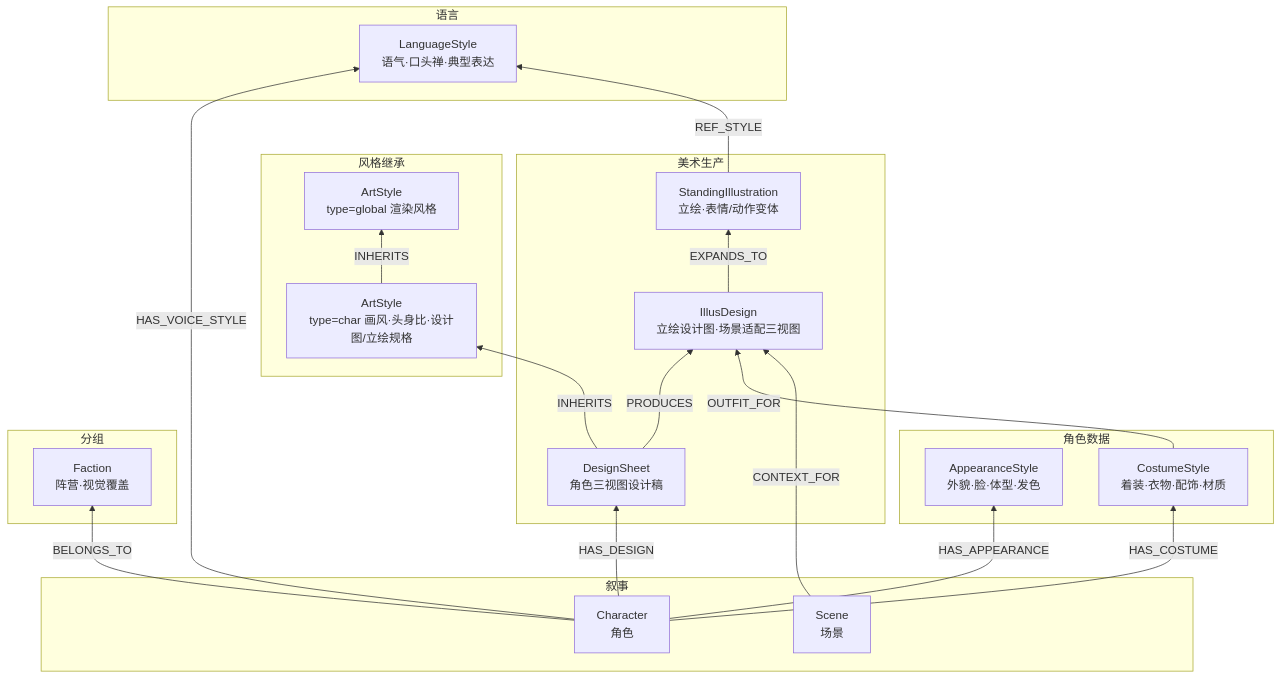
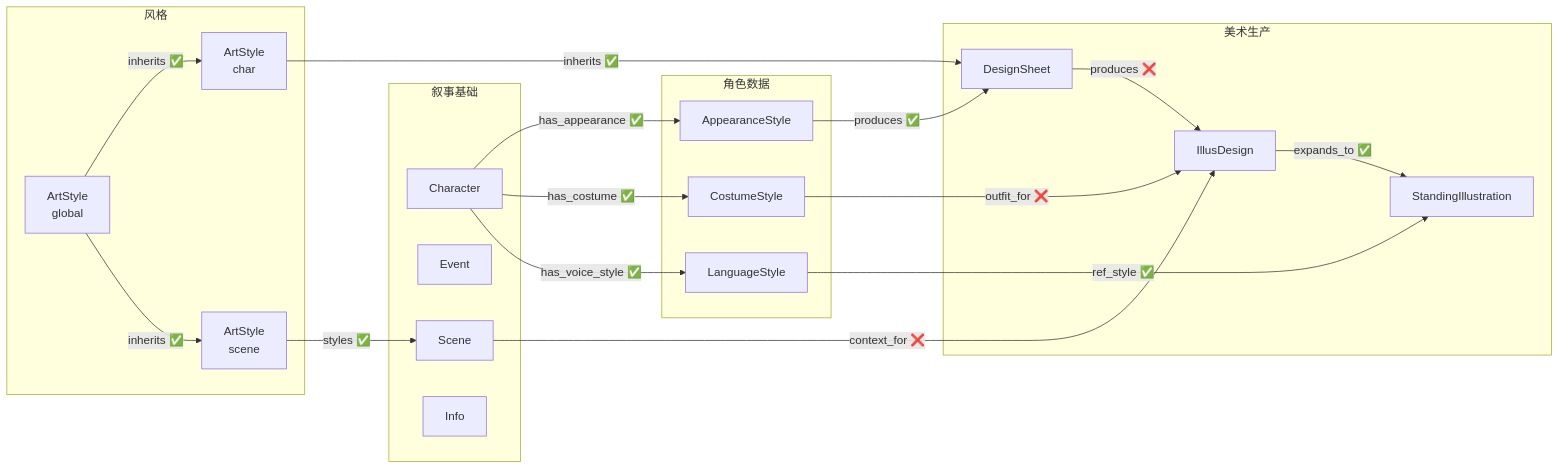
Before and after one commit to CrazyJinn/OtheredGlass: the diagram in 00_init/Schema.md, drawn with Mermaid. The commit also changed other lines of this file and 4 other files, not shown here.

Commit message:
add 00_init: 叙事基础、角色/场景美术、剧情文档，更新 Schema

````diff
--- a/00_init/Schema.md
+++ b/00_init/Schema.md
@@ -507,47 +79,42 @@
 ```mermaid
-flowchart BT
-    subgraph style["风格继承"]
-        ArtGlobal["ArtStyle<br/>type=global 渲染风格"]
-        ArtChar["ArtStyle<br/>type=char 画风·头身比·设计图/立绘规格"]
+flowchart LR
+    subgraph 叙事["叙事基础"]
+        Character["Character"]
+        Event["Event"]
+        Scene["Scene"]
+        Info["Info"]
     end
 
-    subgraph production["美术生产"]
-        DesignSheet["DesignSheet<br/>角色三视图设计稿"]
-        IllusDesign["IllusDesign<br/>立绘设计图·场景适配三视图"]
-        StandingIllus["StandingIllustration<br/>立绘·表情/动作变体"]
+    subgraph 角色数据["角色数据"]
+        Appearance["AppearanceStyle"]
+        Costume["CostumeStyle"]
+        Language["LanguageStyle"]
     end
 
-    subgraph data["角色数据"]
-        Appearance["AppearanceStyle<br/>外貌·脸·体型·发色"]
-        Costume["CostumeStyle<br/>着装·衣物·配饰·材质"]
+    subgraph 美术生产["美术生产"]
+        DesignSheet["DesignSheet"]
+        IllusDesign["IllusDesign"]
+        StandingIllus["StandingIllustration"]
     end
 
-    subgraph narrative["叙事"]
-        Character["Character<br/>角色"]
-        Scene["Scene<br/>场景"]
+    subgraph 风格["风格"]
+        ArtGlobal["ArtStyle<br/>global"]
+        ArtChar["ArtStyle<br/>char"]
+        ArtScene["ArtStyle<br/>scene"]
     end
 
-    subgraph voice["语言"]
-        LanguageStyle["LanguageStyle<br/>语气·口头禅·典型表达"]
-    end
+    Character -->|"has_appearance ✅"| Appearance
+    Character -->|"has_costume ✅"| Costume
+    Character -->|"has_voice_style ✅"| Language
+    Appearance -->|"produces ✅"| DesignSheet
+    Costume -->|"outfit_for ❌"| IllusDesign
+    DesignSheet -->|"produces ❌"| IllusDesign
+    Scene -->|"context_for ❌"| IllusDesign
+    IllusDesign -->|"expands_to ✅"| StandingIllus
+    Language -->|"ref_style ✅"| StandingIllus
 
-    subgraph group["分组"]
-        Faction["Faction<br/>阵营·视觉覆盖"]
-    end
-
-    DesignSheet -->|"INHERITS"| ArtChar
-    ArtChar -->|"INHERITS"| ArtGlobal
-
-    Character -->|"HAS_APPEARANCE"| Appearance
-    Character -->|"HAS_COSTUME"| Costume
-    Character -->|"HAS_DESIGN"| DesignSheet
-    Character -->|"HAS_VOICE_STYLE"| LanguageStyle
-
-    DesignSheet -->|"PRODUCES"| IllusDesign
-    Costume -->|"OUTFIT_FOR"| IllusDesign
-    Scene -->|"CONTEXT_FOR"| IllusDesign
-    IllusDesign -->|"EXPANDS_TO"| StandingIllus
-    StandingIllus -->|"REF_STYLE"| LanguageStyle
-
-    Character -->|"BELONGS_TO"| Faction
+    ArtGlobal -->|"inherits ✅"| ArtChar
+    ArtGlobal -->|"inherits ✅"| ArtScene
+    ArtChar -->|"inherits ✅"| DesignSheet
+    ArtScene -->|"styles ✅"| Scene
 ```
````
